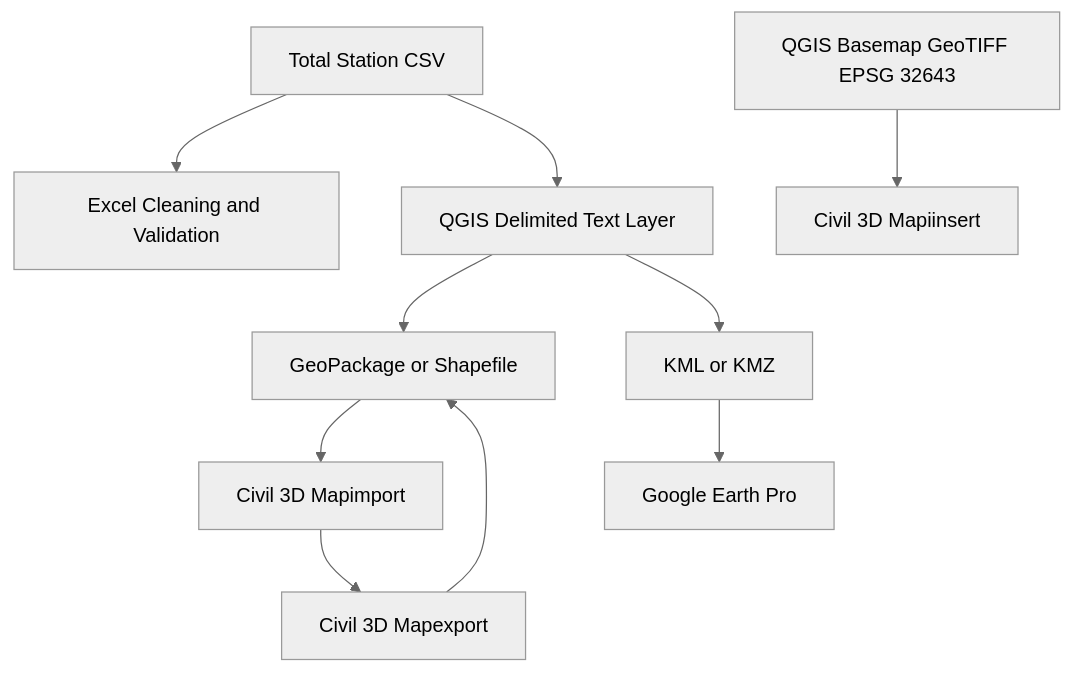
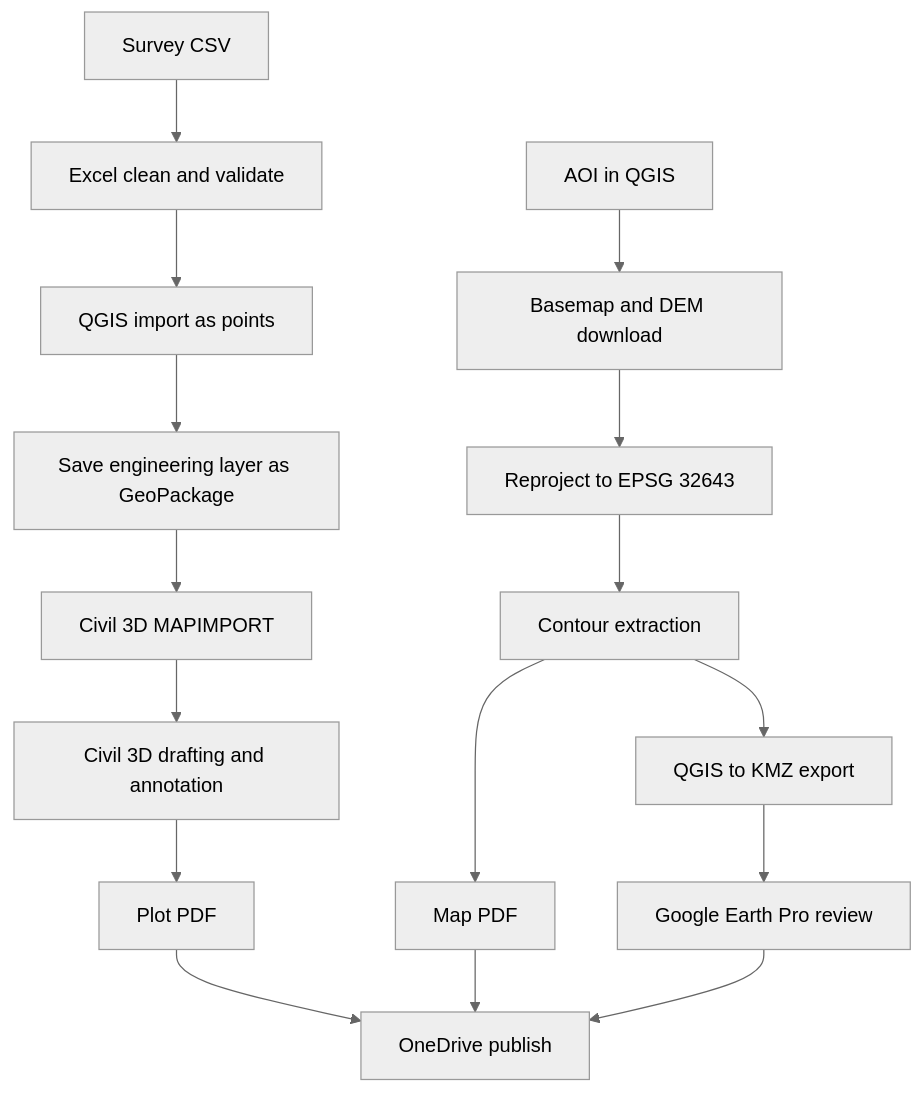
The first of 4 diagrams in docs/interoperability-workflow.md (PrathamGitHub/Geo-CAD-Practical-Reference), drawn with Mermaid (neutral theme) before and after one commit. The commit also changed other lines of this file and 1 other file, not shown here.

````diff
--- a/docs/interoperability-workflow.md
+++ b/docs/interoperability-workflow.md
@@ -32,12 +32,21 @@
 ```mermaid
 flowchart TD
-    A[Total Station CSV] --> B[Excel Cleaning and Validation]
-    A --> C[QGIS Delimited Text Layer]
-    C --> D[GeoPackage or Shapefile]
-    D --> E[Civil 3D Mapimport]
-    C --> F[KML or KMZ]
-    E --> G[Civil 3D Mapexport]
-    G --> D
-    H[QGIS Basemap GeoTIFF EPSG 32643] --> I[Civil 3D Mapiinsert]
-    F --> J[Google Earth Pro]
+    A[Survey CSV] --> B[Excel clean and validate]
+    B --> C[QGIS import as points]
+    C --> D[Save engineering layer as GeoPackage]
+    D --> E[Civil 3D MAPIMPORT]
+    E --> F[Civil 3D drafting and annotation]
+    F --> G[Plot PDF]
+
+    H[AOI in QGIS] --> I[Basemap and DEM download]
+    I --> J[Reproject to EPSG 32643]
+    J --> K[Contour extraction]
+    K --> L[Map PDF]
+
+    K --> M[QGIS to KMZ export]
+    M --> N[Google Earth Pro review]
+
+    G --> O[OneDrive publish]
+    L --> O
+    N --> O
 ```
````
